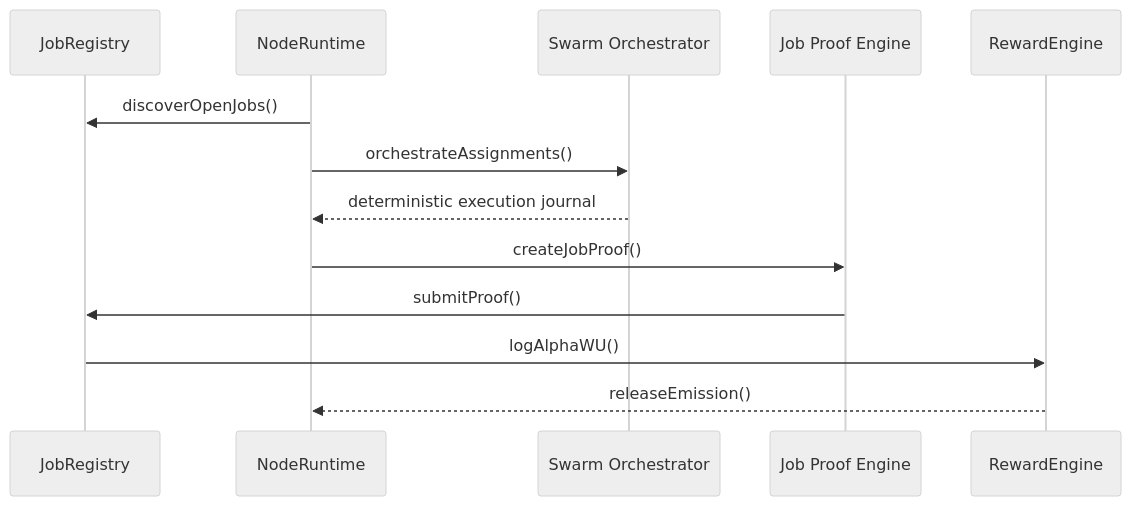
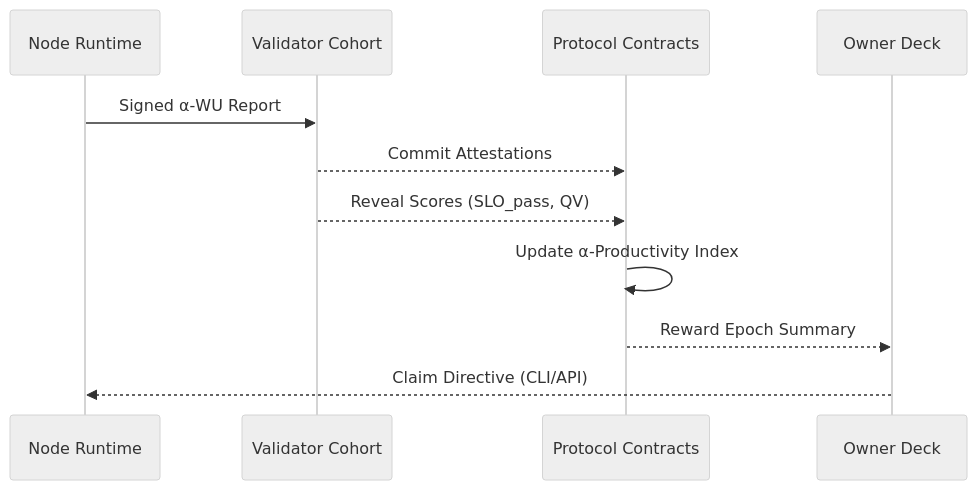
The second of 4 diagrams in docs/economics.md (MontrealAI/AGI-Alpha-Node-v0), drawn with Mermaid (neutral theme) before and after one commit. The commit also changed other lines of this file, not shown here.

Commit message:
Refresh economics codex for AGI Alpha nodes

````diff
--- a/docs/economics.md
+++ b/docs/economics.md
@@ -259,16 +170,14 @@
 ```mermaid
 sequenceDiagram
-  participant Registry as JobRegistry
-  participant Node as NodeRuntime
-  participant Swarm as Swarm Orchestrator
-  participant Proof as Job Proof Engine
-  participant Rewards as RewardEngine
+  participant Node as Node Runtime
+  participant Oracle as Validator Cohort
+  participant Chain as Protocol Contracts
+  participant Owner as Owner Deck
 
-  Node->>Registry: discoverOpenJobs()
-  Node->>Swarm: orchestrateAssignments()
-  Swarm-->>Node: deterministic execution journal
-  Node->>Proof: createJobProof()
-  Proof->>Registry: submitProof()
-  Registry->>Rewards: logAlphaWU()
-  Rewards-->>Node: releaseEmission()
+  Node->>Oracle: Signed α-WU Report
+  Oracle-->>Chain: Commit Attestations
+  Oracle-->>Chain: Reveal Scores (SLO_pass, QV)
+  Chain->>Chain: Update α-Productivity Index
+  Chain-->>Owner: Reward Epoch Summary
+  Owner-->>Node: Claim Directive (CLI/API)
 ```
````
